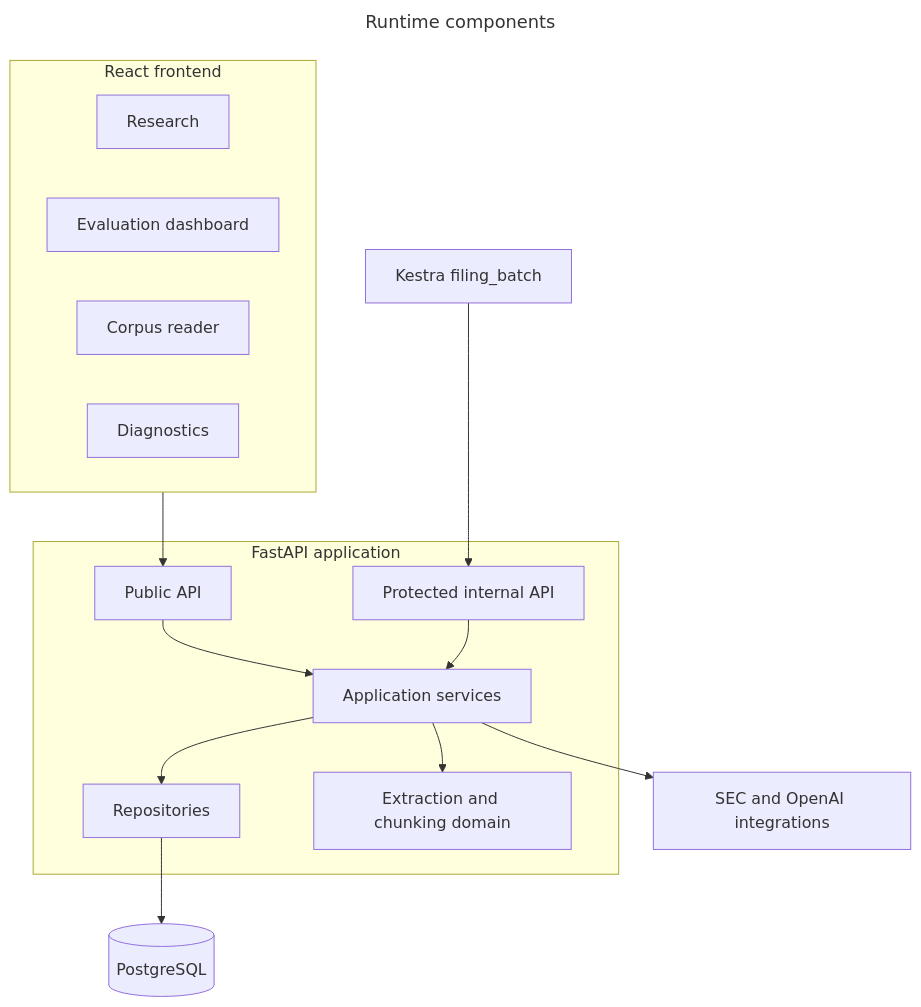
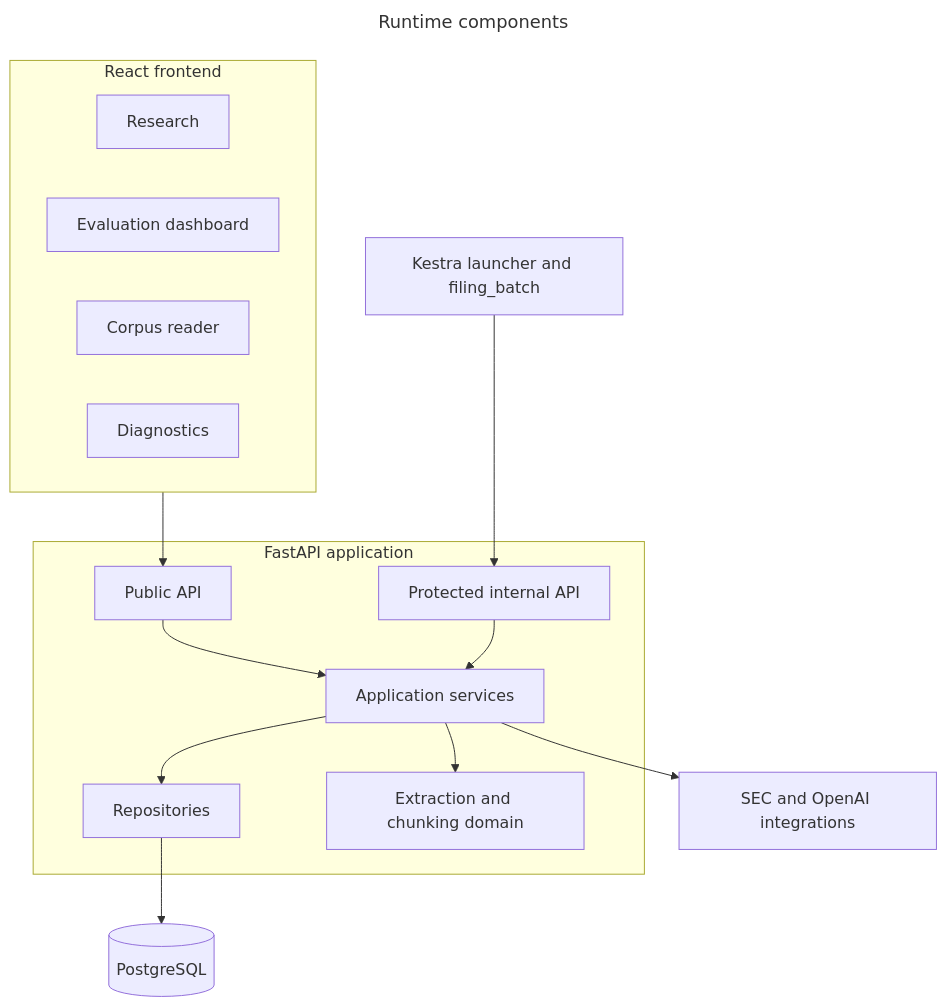
One commit to hongchit/sec-filing-rag-poc changed the second of 4 diagrams in docs/architecture.md. Above: the diagram before and after it, drawn with Mermaid. The commit also changed 87 other files, not shown here.

````diff
--- a/docs/architecture.md
+++ b/docs/architecture.md
@@ -30,29 +30,29 @@
 ```mermaid
 ---
 title: Runtime components
 ---
 flowchart TB
   subgraph Frontend[React frontend]
     RS[Research]
     EV[Evaluation dashboard]
     CR[Corpus reader]
     H[Diagnostics]
   end
 
   subgraph Backend[FastAPI application]
     PUB[Public API]
     INT[Protected internal API]
     SVC[Application services]
     REP[Repositories]
     DOM[Extraction and chunking domain]
   end
 
   Frontend --> PUB
   PUB --> SVC
   INT --> SVC
   SVC --> REP
   SVC --> DOM
   REP --> DB[(PostgreSQL)]
-  K[Kestra filing_batch] --> INT
+  K[Kestra launcher and filing_batch] --> INT
   SVC --> EXT[SEC and OpenAI integrations]
 ```
````
